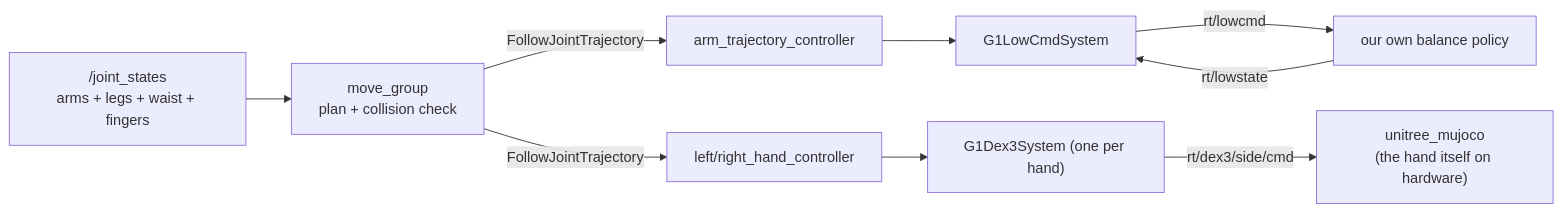
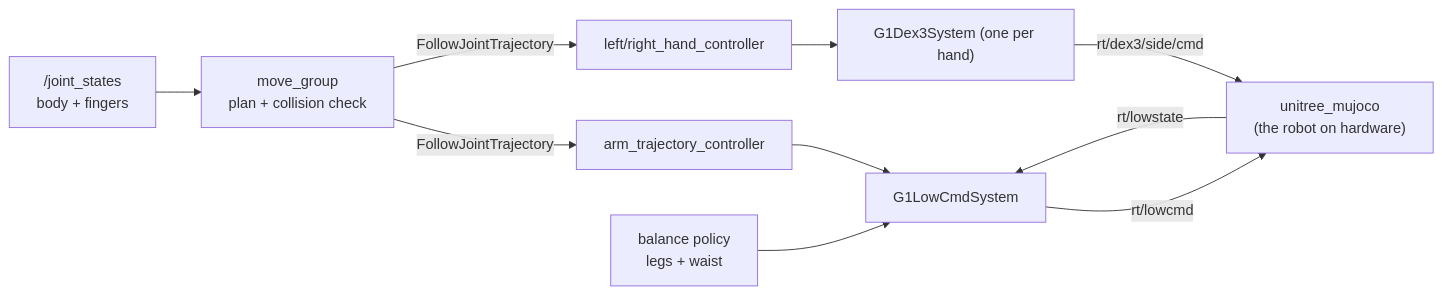
One commit to Adyansh04/grove-g1 changed the diagram in workspace/src/g1_moveit_config/README.md. Above: the diagram before and after it, drawn with Mermaid. The commit also changed other lines of this file and 327 other files, not shown here.

````diff
--- a/workspace/src/g1_moveit_config/README.md
+++ b/workspace/src/g1_moveit_config/README.md
@@ -8,11 +7,12 @@
 ```mermaid
 flowchart LR
-    MG["move_group<br/>plan + collision check"] -- "FollowJointTrajectory" --> JTC["arm_trajectory_controller"]
+    JS["/joint_states<br/>body + fingers"] --> MG["move_group<br/>plan + collision check"]
+    MG -- "FollowJointTrajectory" --> JTC["arm_trajectory_controller"]
     MG -- "FollowJointTrajectory" --> HC["left/right_hand_controller"]
-    JTC --> HW["G1LowCmdSystem"]
+    POL["balance policy<br/>legs + waist"] --> HW["G1LowCmdSystem"]
+    JTC --> HW
     HC --> HH["G1Dex3System (one per hand)"]
-    HW -- "rt/lowcmd" --> MS["our own balance policy"]
-    HH -- "rt/dex3/side/cmd" --> SIM["unitree_mujoco<br/>(the hand itself on hardware)"]
-    MS -- "rt/lowstate" --> HW
-    JS["/joint_states<br/>arms + legs + waist + fingers"] --> MG
+    HW -- "rt/lowcmd" --> SIM["unitree_mujoco<br/>(the robot on hardware)"]
+    SIM -- "rt/lowstate" --> HW
+    HH -- "rt/dex3/side/cmd" --> SIM
 ```
````
